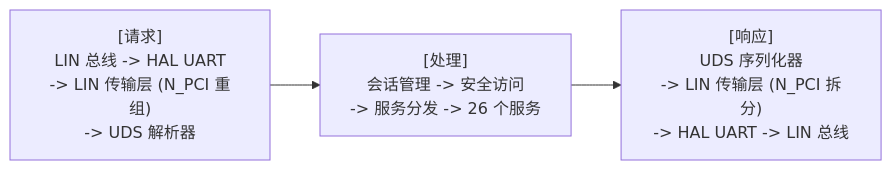
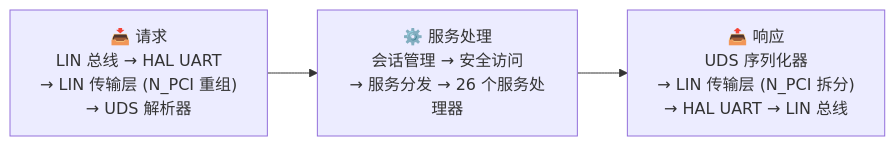
The diagram in README.md (HUANGzc83/uds-lin-ecu), drawn with Mermaid before and after one commit. The commit also changed other lines of this file and 1 other file, not shown here.

Commit message:
docs: restore Mermaid emoji, add module table, remove status column, add MIT badge

````diff
--- a/README.md
+++ b/README.md
@@ -30,8 +31,8 @@
 ```mermaid
-graph LR
-    REQ["[请求]\nLIN 总线 -> HAL UART\n-> LIN 传输层 (N_PCI 重组)\n-> UDS 解析器"]
+flowchart LR
+    REQ["📥 请求\nLIN 总线 → HAL UART\n→ LIN 传输层 (N_PCI 重组)\n→ UDS 解析器"]
     REQ --> PROC
-    PROC["[处理]\n会话管理 -> 安全访问\n-> 服务分发 -> 26 个服务"]
+    PROC["⚙️ 服务处理\n会话管理 → 安全访问\n→ 服务分发 → 26 个服务处理器"]
     PROC --> RSP
-    RSP["[响应]\nUDS 序列化器\n-> LIN 传输层 (N_PCI 拆分)\n-> HAL UART -> LIN 总线"]
+    RSP["📤 响应\nUDS 序列化器\n→ LIN 传输层 (N_PCI 拆分)\n→ HAL UART → LIN 总线"]
 ```
````
